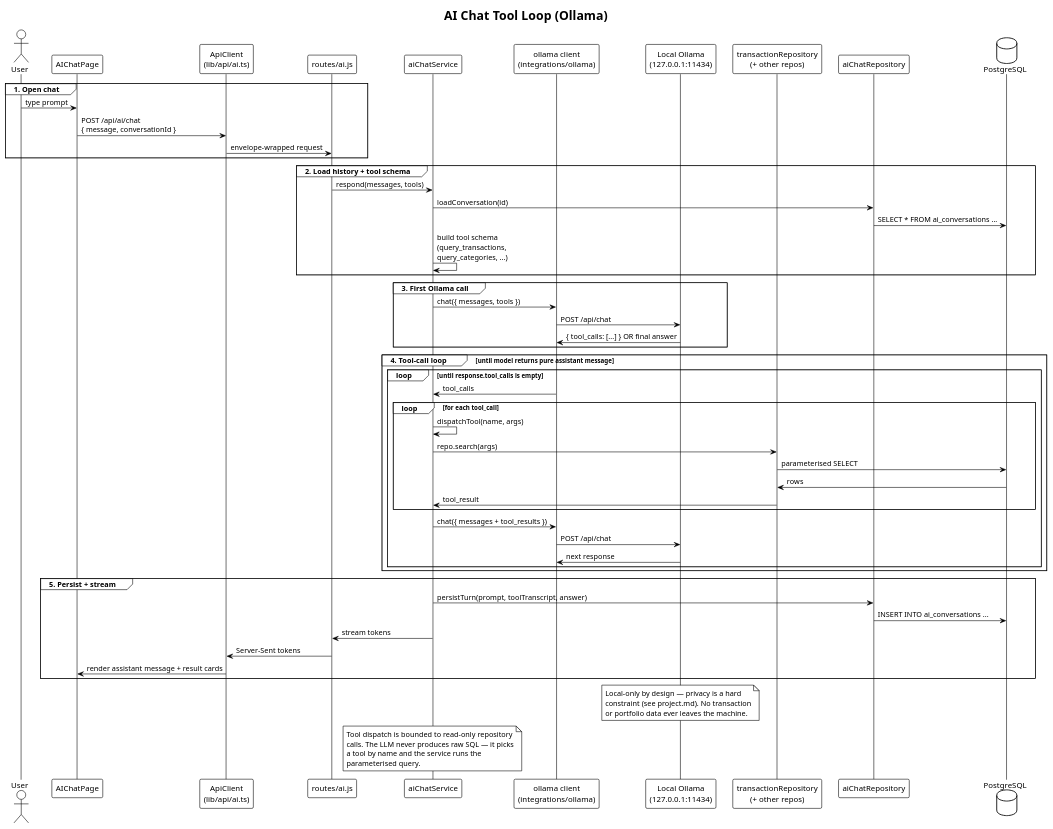
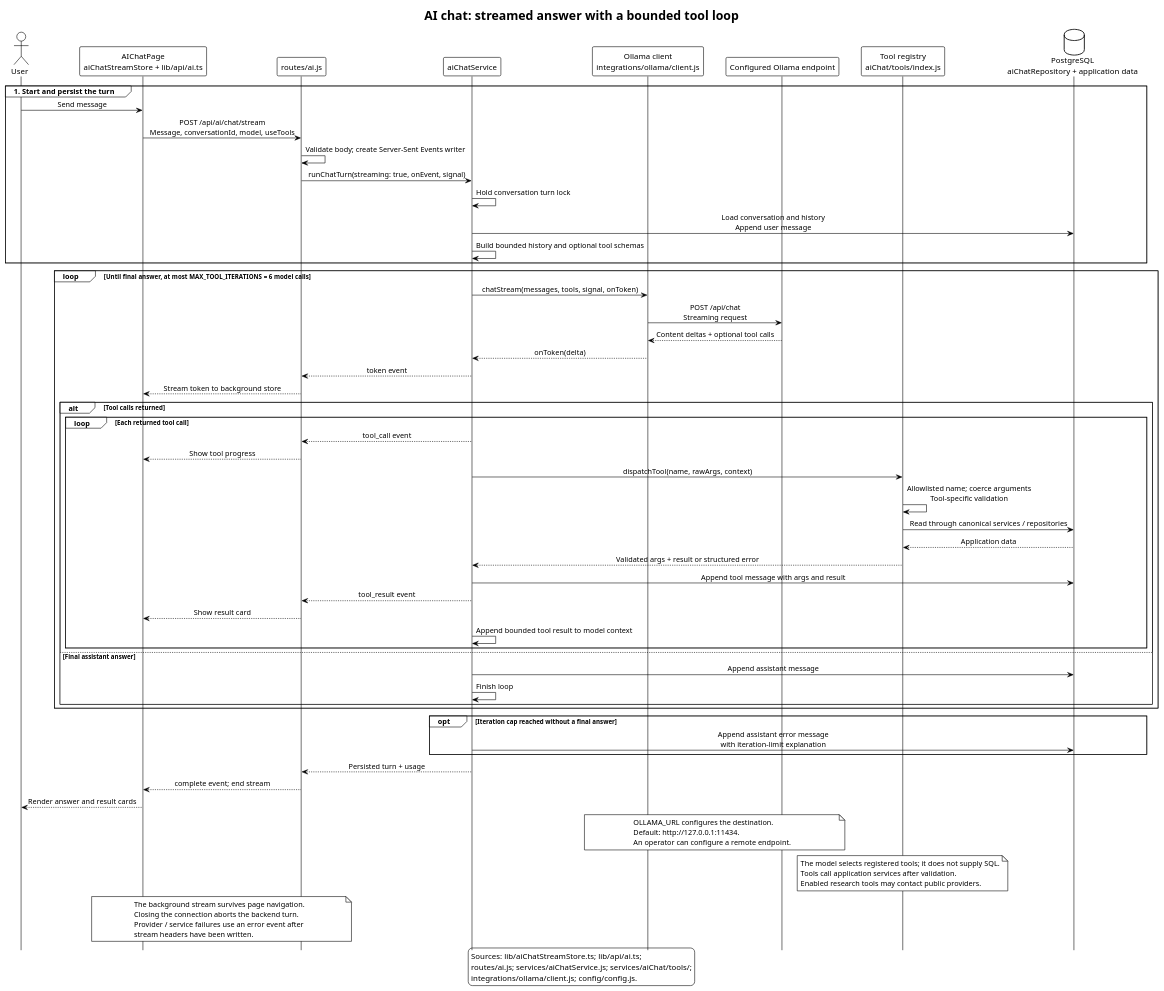
The diagram in docs/diagrams/ai-chat-tool-loop.puml (EraPartner/Vision), drawn with PlantUML before and after one commit. The commit also changed 20 other files, not shown here.

Commit message:
Refresh guided flow documentation

```diff
--- a/docs/diagrams/ai-chat-tool-loop.puml
+++ b/docs/diagrams/ai-chat-tool-loop.puml
@@ -1,76 +1,88 @@
-@startuml AI Chat Tool Loop
-title AI Chat Tool Loop (Ollama)
+@startuml ai-chat-tool-loop
+title AI chat: streamed answer with a bounded tool loop
 
 !theme plain
-skinparam participantSpacing 10
-skinparam ranksep 50
+hide footbox
+skinparam participantPadding 15
+skinparam sequenceMessageAlign center
 
-actor "User" as User
+actor User
+participant "AIChatPage\naiChatStreamStore + lib/api/ai.ts" as Frontend
+participant "routes/ai.js" as Route
+participant "aiChatService" as Chat
+participant "Ollama client\nintegrations/ollama/client.js" as Client
+participant "Configured Ollama endpoint" as Ollama
+participant "Tool registry\naiChat/tools/index.js" as Tools
+database "PostgreSQL\naiChatRepository + application data" as DB
 
-participant "AIChatPage" as Page
-participant "ApiClient\n(lib/api/ai.ts)" as API
-participant "routes/ai.js" as Route
-participant "aiChatService" as ChatSvc
-participant "ollama client\n(integrations/ollama)" as Ollama
-participant "Local Ollama\n(127.0.0.1:11434)" as OllamaSrv
-participant "transactionRepository\n(+ other repos)" as Repos
-participant "aiChatRepository" as ChatRepo
-database  "PostgreSQL" as DB
-
-group 1. Open chat
-  User -> Page : type prompt
-  Page -> API : POST /api/ai/chat\n{ message, conversationId }
-  API -> Route : envelope-wrapped request
+group 1. Start and persist the turn
+  User -> Frontend : Send message
+  Frontend -> Route : POST /api/ai/chat/stream\nMessage, conversationId, model, useTools
+  Route -> Route : Validate body; create Server-Sent Events writer
+  Route -> Chat : runChatTurn(streaming: true, onEvent, signal)
+  Chat -> Chat : Hold conversation turn lock
+  Chat -> DB : Load conversation and history\nAppend user message
+  Chat -> Chat : Build bounded history and optional tool schemas
 end
 
-group 2. Load history + tool schema
-  Route -> ChatSvc : respond(messages, tools)
-  ChatSvc -> ChatRepo : loadConversation(id)
-  ChatRepo -> DB : SELECT * FROM ai_conversations ...
-  ChatSvc -> ChatSvc : build tool schema\n(query_transactions,\nquery_categories, ...)
-end
+loop Until final answer, at most MAX_TOOL_ITERATIONS = 6 model calls
+  Chat -> Client : chatStream(messages, tools, signal, onToken)
+  Client -> Ollama : POST /api/chat\nStreaming request
+  Ollama --> Client : Content deltas + optional tool calls
+  Client --> Chat : onToken(delta)
+  Chat --> Route : token event
+  Route --> Frontend : Stream token to background store
 
-group 3. First Ollama call
-  ChatSvc -> Ollama : chat({ messages, tools })
-  Ollama -> OllamaSrv : POST /api/chat
-  OllamaSrv -> Ollama : { tool_calls: [...] } OR final answer
-end
-
-group 4. Tool-call loop  [until model returns pure assistant message]
-  loop until response.tool_calls is empty
-    Ollama -> ChatSvc : tool_calls
-    loop for each tool_call
-      ChatSvc -> ChatSvc : dispatchTool(name, args)
-      ChatSvc -> Repos : repo.search(args)
-      Repos -> DB : parameterised SELECT
-      DB -> Repos : rows
-      Repos -> ChatSvc : tool_result
+  alt Tool calls returned
+    loop Each returned tool call
+      Chat --> Route : tool_call event
+      Route --> Frontend : Show tool progress
+      Chat -> Tools : dispatchTool(name, rawArgs, context)
+      Tools -> Tools : Allowlisted name; coerce arguments\nTool-specific validation
+      Tools -> DB : Read through canonical services / repositories
+      DB --> Tools : Application data
+      Tools --> Chat : Validated args + result or structured error
+      Chat -> DB : Append tool message with args and result
+      Chat --> Route : tool_result event
+      Route --> Frontend : Show result card
+      Chat -> Chat : Append bounded tool result to model context
     end
-    ChatSvc -> Ollama : chat({ messages + tool_results })
-    Ollama -> OllamaSrv : POST /api/chat
-    OllamaSrv -> Ollama : next response
+  else Final assistant answer
+    Chat -> DB : Append assistant message
+    Chat -> Chat : Finish loop
   end
 end
 
-group 5. Persist + stream
-  ChatSvc -> ChatRepo : persistTurn(prompt, toolTranscript, answer)
-  ChatRepo -> DB : INSERT INTO ai_conversations ...
-  ChatSvc -> Route : stream tokens
-  Route -> API : Server-Sent tokens
-  API -> Page : render assistant message + result cards
+opt Iteration cap reached without a final answer
+  Chat -> DB : Append assistant error message\nwith iteration-limit explanation
 end
+Chat --> Route : Persisted turn + usage
+Route --> Frontend : complete event; end stream
+Frontend --> User : Render answer and result cards
 
-note over OllamaSrv
-  Local-only by design — privacy is a hard
-  constraint (see project.md). No transaction
-  or portfolio data ever leaves the machine.
+note over Client, Ollama
+  OLLAMA_URL configures the destination.
+  Default: http://127.0.0.1:11434.
+  An operator can configure a remote endpoint.
 end note
 
-note over ChatSvc
-  Tool dispatch is bounded to read-only repository
-  calls. The LLM never produces raw SQL — it picks
-  a tool by name and the service runs the
-  parameterised query.
+note over Tools
+  The model selects registered tools; it does not supply SQL.
+  Tools call application services after validation.
+  Enabled research tools may contact public providers.
 end note
 
+note over Frontend, Route
+  The background stream survives page navigation.
+  Closing the connection aborts the backend turn.
+  Provider / service failures use an error event after
+  stream headers have been written.
+end note
+
+legend bottom
+  Sources: lib/aiChatStreamStore.ts; lib/api/ai.ts;
+  routes/ai.js; services/aiChatService.js; services/aiChat/tools/;
+  integrations/ollama/client.js; config/config.js.
+endlegend
+
 @enduml
```
